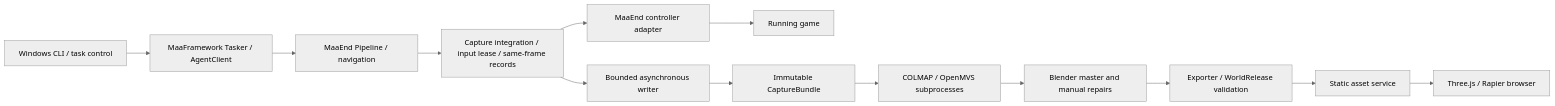
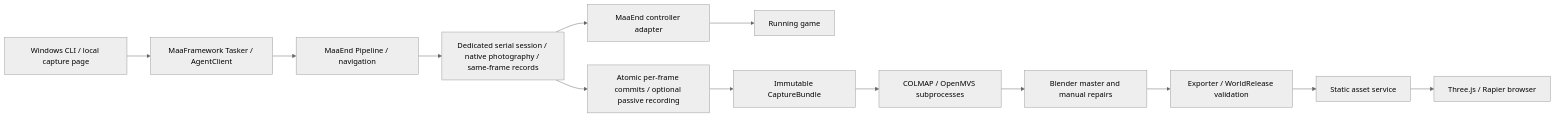
Before and after one commit to RabbitStudioChino/enfield-capture-maaend: the first of 2 diagrams in docs/capture/architecture.en.md, drawn with Mermaid (neutral theme). The commit also changed other lines of this file and 10 other files, not shown here.

````diff
--- a/docs/capture/architecture.en.md
+++ b/docs/capture/architecture.en.md
@@ -28,15 +28,15 @@
 ```mermaid
 flowchart LR
-    U[Windows CLI / task control] --> H[MaaFramework Tasker / AgentClient]
+    U[Windows CLI / local capture page] --> H[MaaFramework Tasker / AgentClient]
     H --> P[MaaEnd Pipeline / navigation]
-    P --> A[Capture integration / input lease / same-frame records]
+    P --> A[Dedicated serial session / native photography / same-frame records]
     A --> C[MaaEnd controller adapter]
     C --> G[Running game]
-    A --> W[Bounded asynchronous writer]
+    A --> W[Atomic per-frame commits / optional passive recording]
     W --> B[Immutable CaptureBundle]
     B --> R[COLMAP / OpenMVS subprocesses]
     R --> M[Blender master and manual repairs]
     M --> E[Exporter / WorldRelease validation]
     E --> S[Static asset service]
     S --> V[Three.js / Rapier browser]
 ```
````
